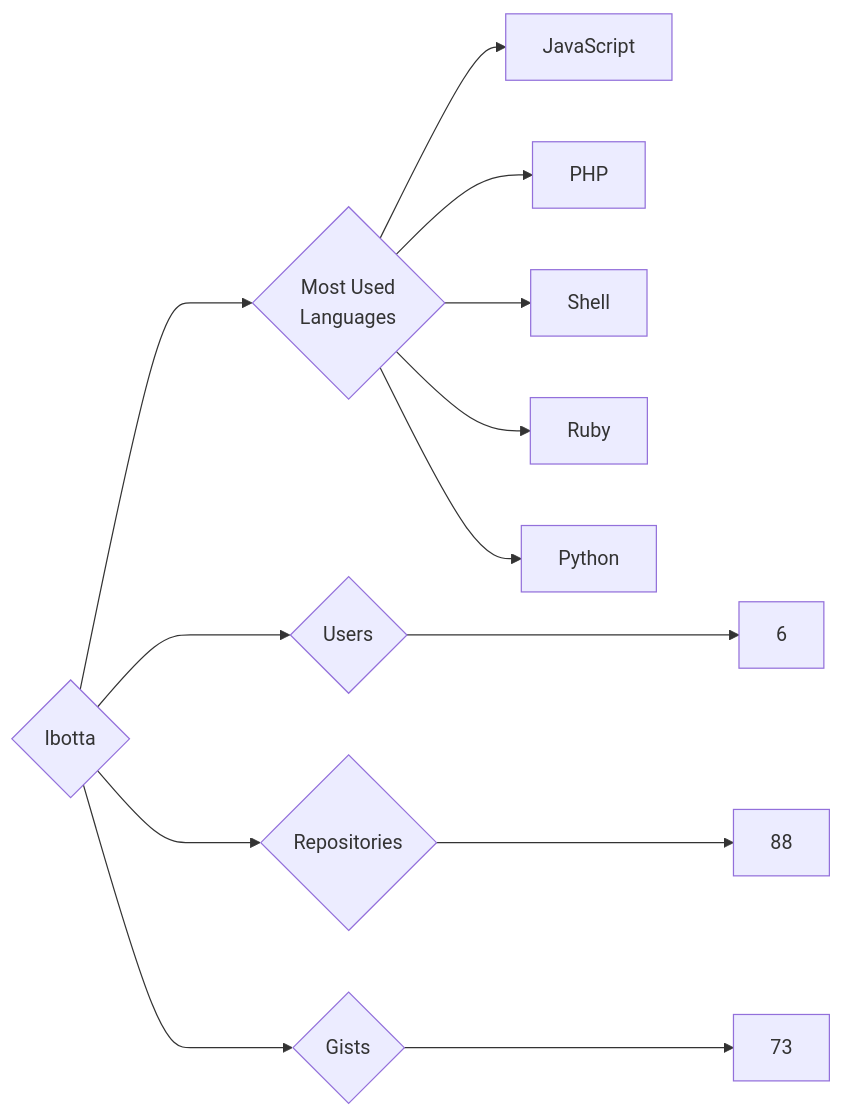
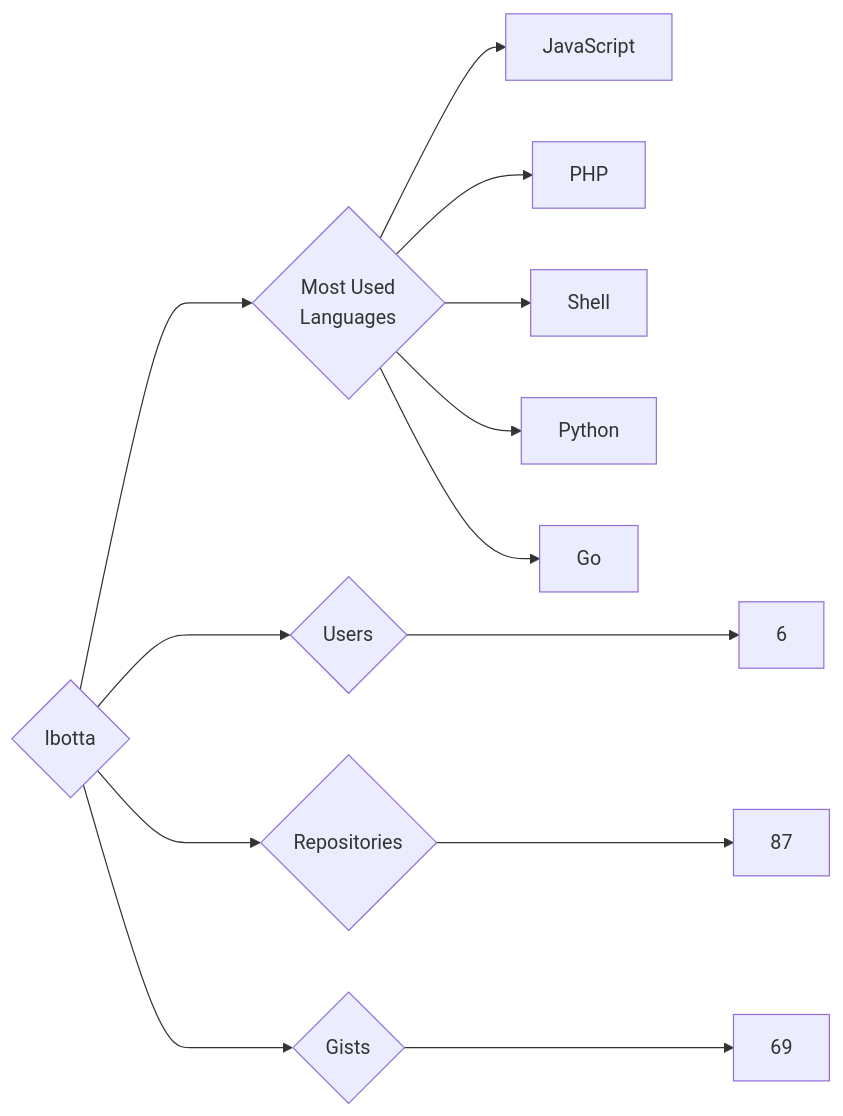
One commit to trickest/insiders changed the diagram in targets/Ibotta/README.md. Above: the diagram before and after it, drawn with Mermaid. The commit also changed 718 other files, not shown here.

````diff
--- a/targets/Ibotta/README.md
+++ b/targets/Ibotta/README.md
@@ -3,13 +3,13 @@
 ```mermaid
 graph LR
 COMPANY_NAME{Ibotta}
 COMPANY_NAME ---> U{Users} ---> UN[6]
-COMPANY_NAME ---> R{Repositories} ---> RN[88]
-COMPANY_NAME ---> G{Gists} ---> GN[73]
+COMPANY_NAME ---> R{Repositories} ---> RN[87]
+COMPANY_NAME ---> G{Gists} ---> GN[69]
 COMPANY_NAME ---> ML{Most Used<br>Languages}
 ML --> JavaScript[JavaScript]
 ML --> PHP[PHP]
 ML --> Shell[Shell]
-ML --> Ruby[Ruby]
 ML --> Python[Python]
+ML --> Go[Go]
 ```
````
